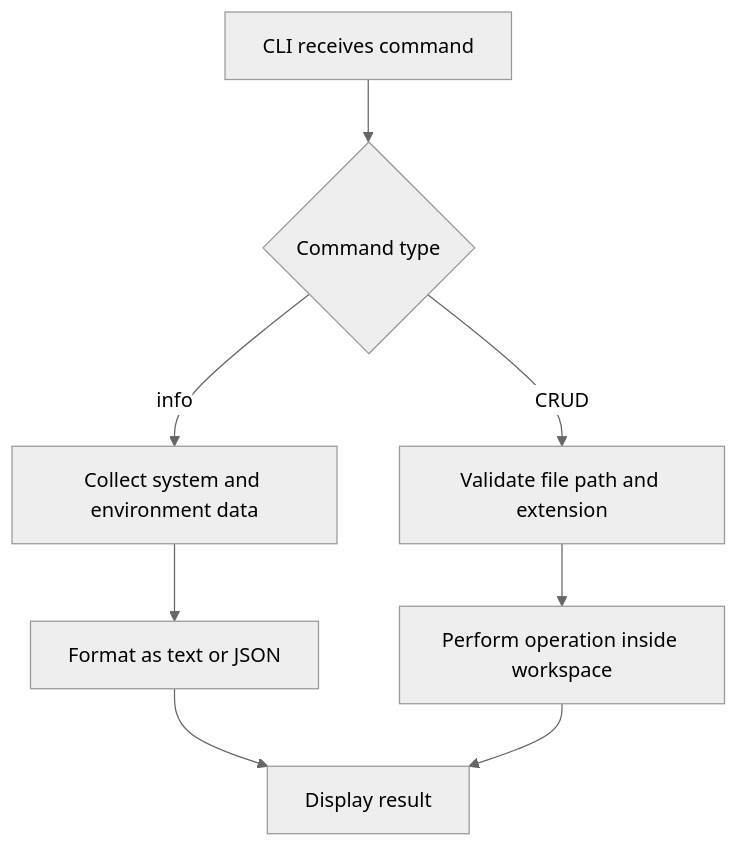
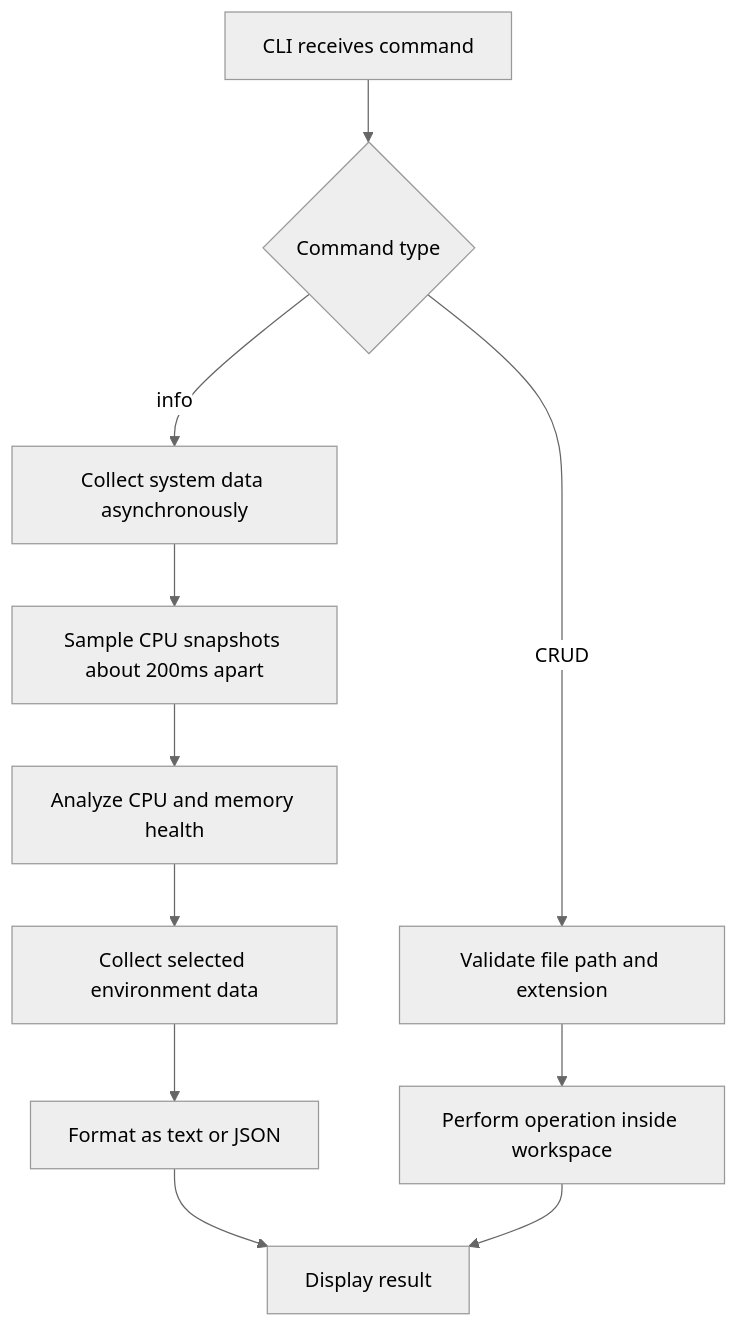
The diagram in README.md (Pragun3691/thunder-system-sentinel), drawn with Mermaid (neutral theme) before and after one commit. The commit also changed other lines of this file and 7 other files, not shown here.

Commit message:
feat: add cross-platform system health dashboard

````diff
--- a/README.md
+++ b/README.md
@@ -87,10 +120,13 @@
 ```mermaid
 flowchart TD
     A["CLI receives command"] --> B{"Command type"}
-    B -->|info| C["Collect system and environment data"]
-    B -->|CRUD| D["Validate file path and extension"]
-    C --> E["Format as text or JSON"]
-    D --> F["Perform operation inside workspace"]
-    E --> G["Display result"]
-    F --> G
+    B -->|info| C["Collect system data asynchronously"]
+    C --> D["Sample CPU snapshots about 200ms apart"]
+    D --> E["Analyze CPU and memory health"]
+    E --> F["Collect selected environment data"]
+    F --> G["Format as text or JSON"]
+    B -->|CRUD| H["Validate file path and extension"]
+    H --> I["Perform operation inside workspace"]
+    G --> J["Display result"]
+    I --> J
 ```
````
